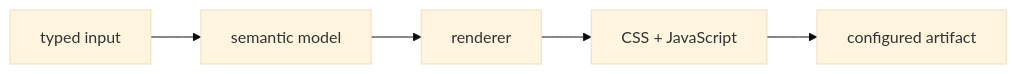
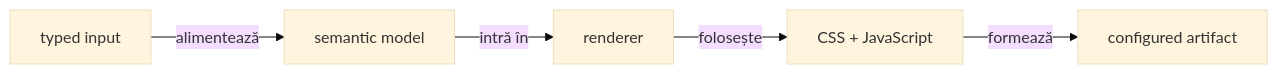
The third of 3 diagrams in atf-reporting/README.md (crististefanita/demo2), drawn with Mermaid (base theme) before and after one commit. The commit also changed other lines of this file and 102 other files, not shown here.

````diff
--- a/atf-reporting/README.md
+++ b/atf-reporting/README.md
@@ -428,7 +432,7 @@
 ```mermaid
 flowchart LR
-    Input[typed input] --> Model[semantic model]
-    Model --> Render[renderer]
-    Render --> Assets[CSS + JavaScript]
-    Assets --> Output[configured artifact]
+    Input[typed input] -->|alimentează| Model[semantic model]
+    Model -->|intră în| Render[renderer]
+    Render -->|folosește| Assets[CSS + JavaScript]
+    Assets -->|formează| Output[configured artifact]
 ```
````
